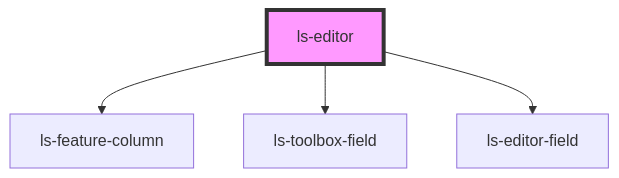
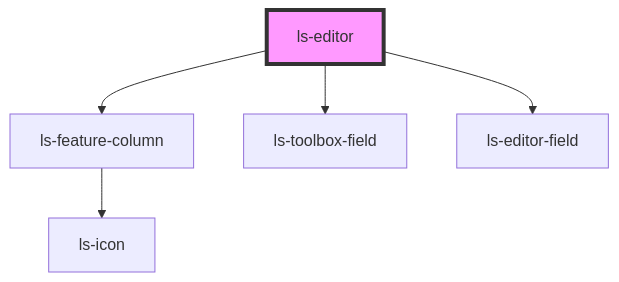
The diagram in src/components/ls-editor/readme.md (legalesign/ls-document-viewer), drawn with Mermaid before and after one commit. The commit also changed 9 other files, not shown here.

````diff
--- a/src/components/ls-editor/readme.md
+++ b/src/components/ls-editor/readme.md
@@ -86,7 +86,8 @@
 ```mermaid
 graph TD;
   ls-editor --> ls-feature-column
   ls-editor --> ls-toolbox-field
   ls-editor --> ls-editor-field
+  ls-feature-column --> ls-icon
   style ls-editor fill:#f9f,stroke:#333,stroke-width:4px
 ```
````
